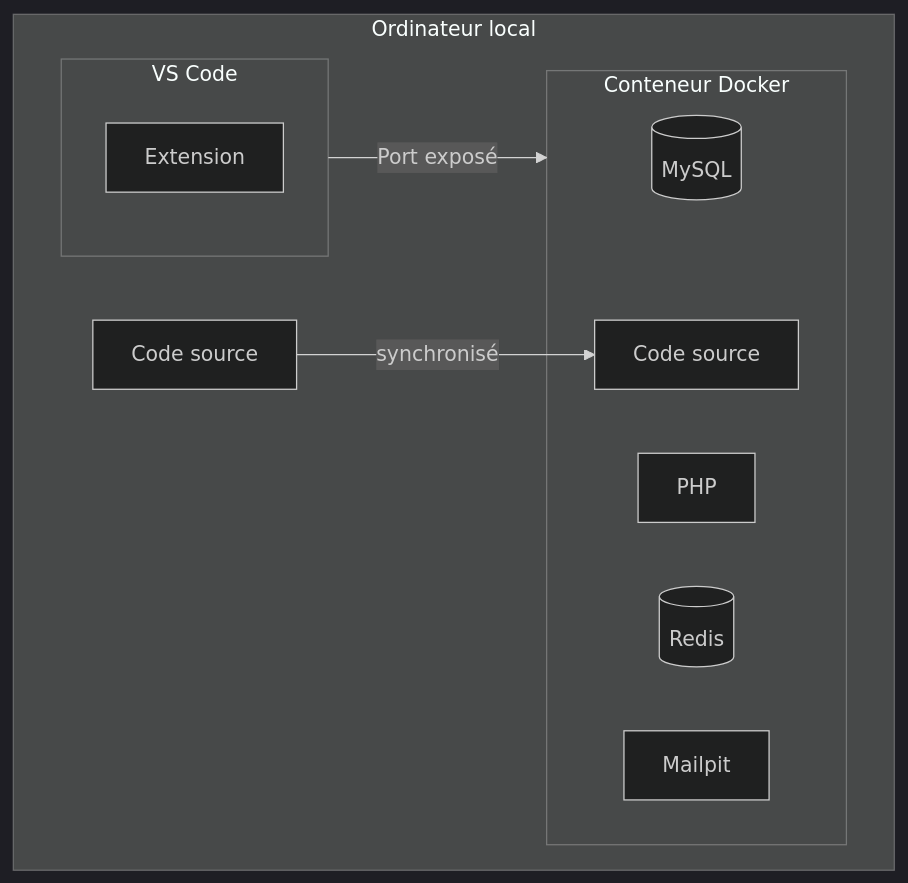
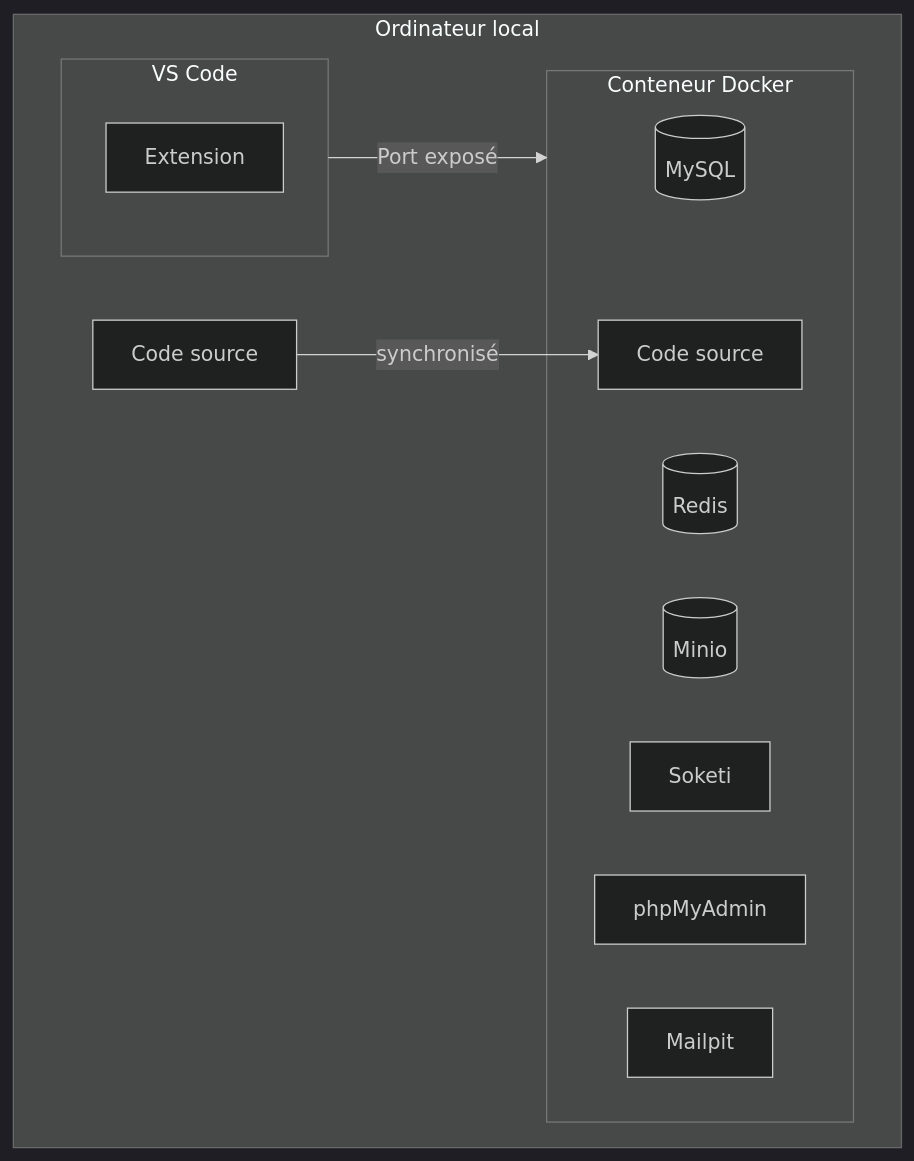
One commit to C-Super/couleur3 changed the diagram in docs/environnement/development-environment.md. Above: the diagram before and after it, drawn with Mermaid (dark theme). The commit also changed other lines of this file, not shown here.

````diff
--- a/docs/environnement/development-environment.md
+++ b/docs/environnement/development-environment.md
@@ -3,23 +3,25 @@
 ```mermaid
 flowchart TB
     subgraph Ordinateur local
         subgraph vscode[VS Code]
             extension[Extension]
         end
 
         sourceCode[Code source]
         
 
         subgraph devContainer[Conteneur Docker]
             mysql[(MySQL)]
-            php[PHP]
             redis[(Redis)]
+            minio[(Minio)]
+            soketi[Soketi]
+            phpmyadmin[phpMyAdmin]
             mailpit[Mailpit]
-
+            
             remoteSourceCode[Code source]
         end
 
         vscode -->|Port exposé| devContainer
         sourceCode -->|synchronisé| remoteSourceCode
     end
 ```
````
